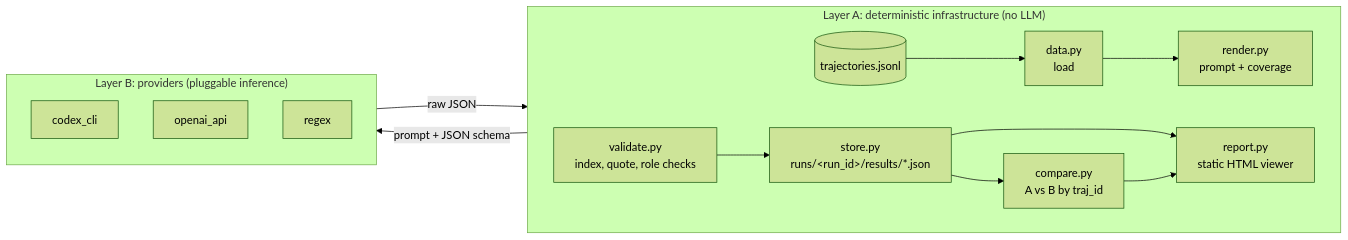
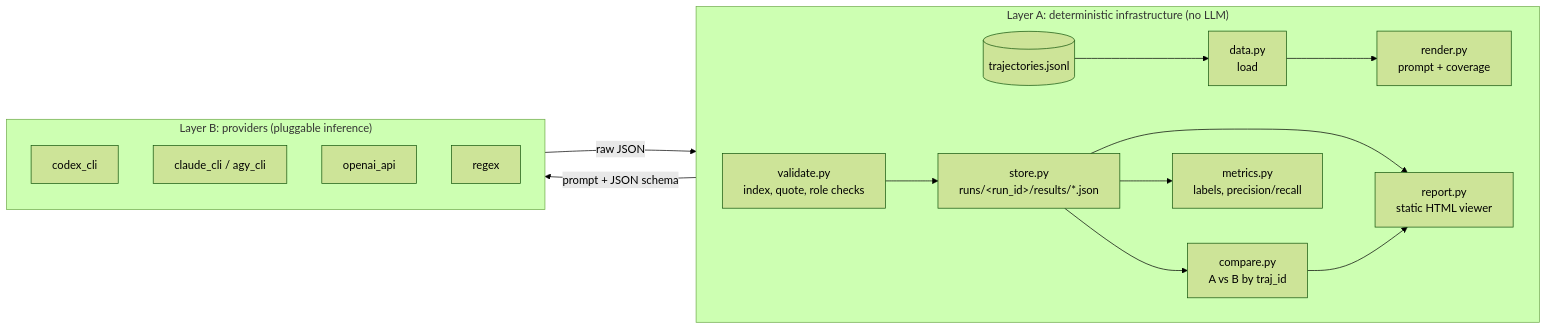
Before and after one commit to ayushkhd/pharos: the first of 2 diagrams in README.md, drawn with Mermaid (forest theme). The commit also changed other lines of this file and 1 other file, not shown here.

````diff
--- a/README.md
+++ b/README.md
@@ -75,20 +115,22 @@
 ```mermaid
 flowchart LR
     subgraph A["Layer A: deterministic infrastructure (no LLM)"]
         direction LR
         D[("trajectories.jsonl")] --> L["data.py<br/>load"]
         L --> R["render.py<br/>prompt + coverage"]
         V["validate.py<br/>index, quote, role checks"] --> S["store.py<br/>runs/&lt;run_id&gt;/results/*.json"]
         S --> C["compare.py<br/>A vs B by traj_id"]
+        S --> M["metrics.py<br/>labels, precision/recall"]
         S --> P["report.py<br/>static HTML viewer"]
         C --> P
     end
     subgraph B["Layer B: providers (pluggable inference)"]
         direction TB
         X["codex_cli"]
-        Y["openai_api"]
-        Z["regex"]
+        Y["claude_cli / agy_cli"]
+        Z["openai_api"]
+        W["regex"]
     end
     R -- "prompt + JSON schema" --> B
     B -- "raw JSON" --> V
 ```
````
